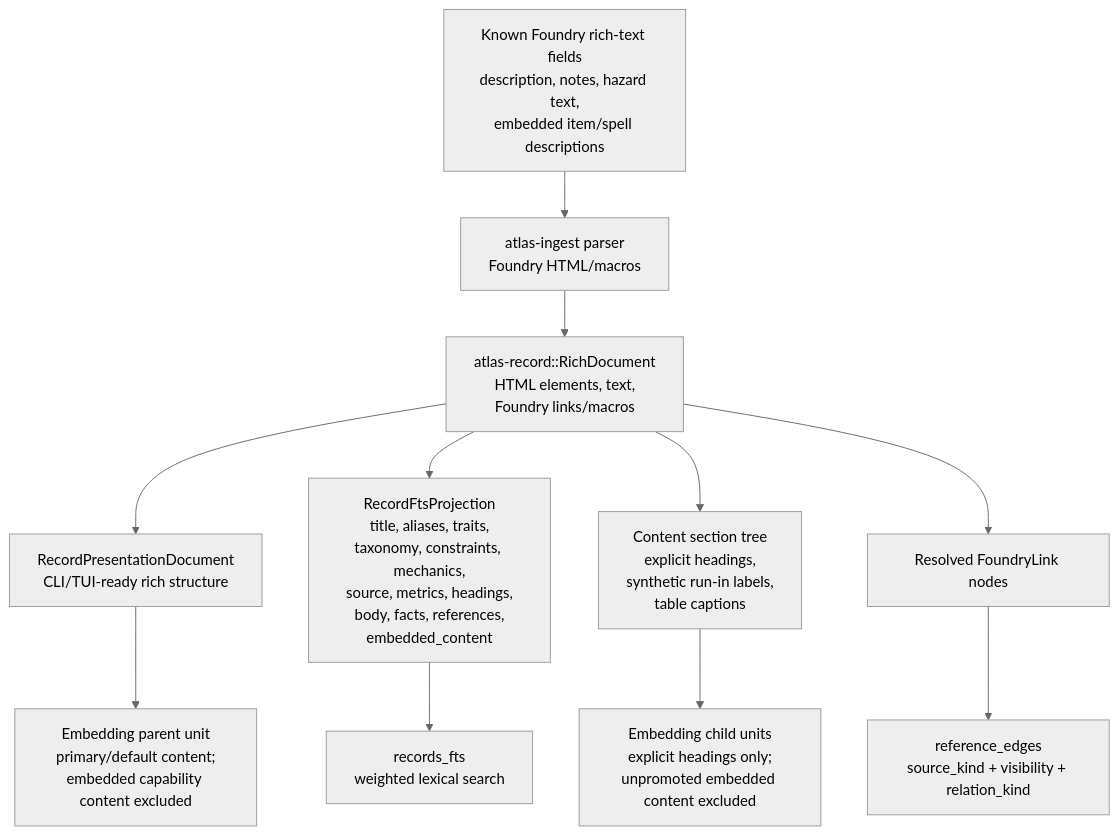
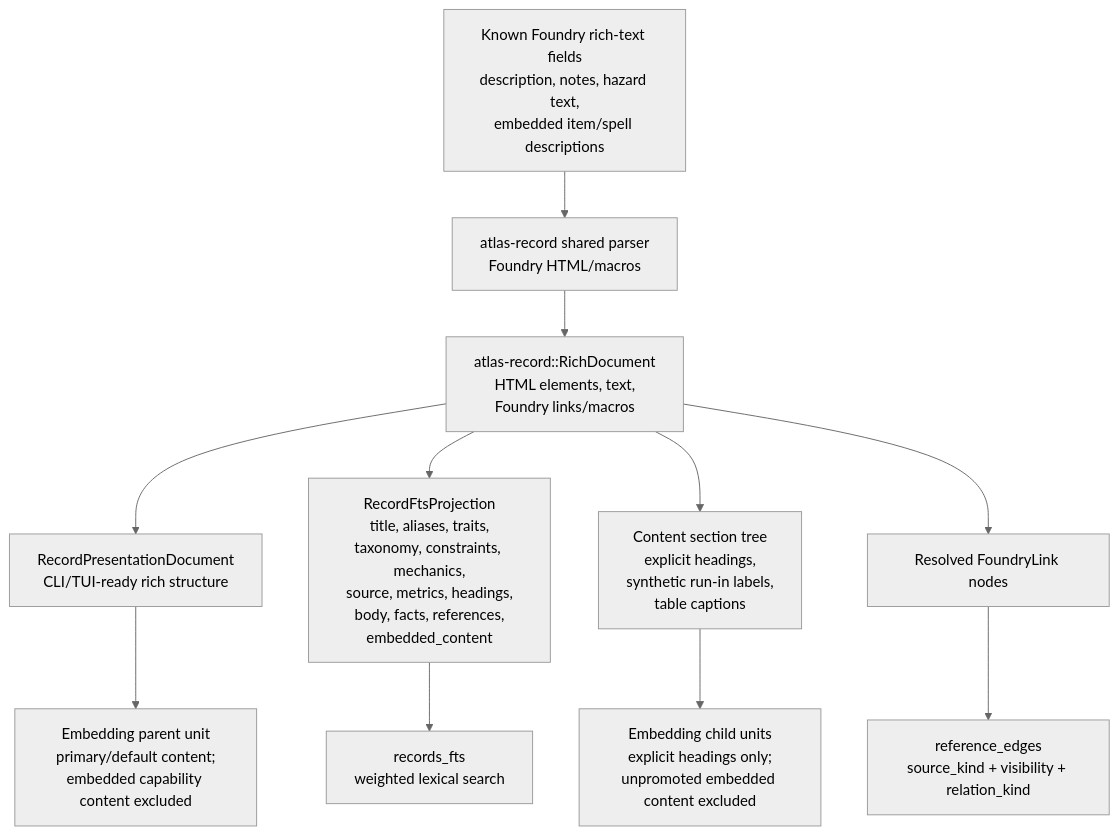
One commit to e-kosten/pf2e-atlas changed the third of 4 diagrams in docs/architecture/runtime.md. Above: the diagram before and after it, drawn with Mermaid (neutral theme). The commit also changed other lines of this file and 30 other files, not shown here.

````diff
--- a/docs/architecture/runtime.md
+++ b/docs/architecture/runtime.md
@@ -259,15 +259,15 @@
 ```mermaid
 flowchart TD
-    markup["Known Foundry rich-text fields<br/>description, notes, hazard text,<br/>embedded item/spell descriptions"] --> parser["atlas-ingest parser<br/>Foundry HTML/macros"]
+    markup["Known Foundry rich-text fields<br/>description, notes, hazard text,<br/>embedded item/spell descriptions"] --> parser["atlas-record shared parser<br/>Foundry HTML/macros"]
     parser --> doc["atlas-record::RichDocument<br/>HTML elements, text,<br/>Foundry links/macros"]
 
     doc --> presentation["RecordPresentationDocument<br/>CLI/TUI-ready rich structure"]
     doc --> fts["RecordFtsProjection<br/>title, aliases, traits,<br/>taxonomy, constraints, mechanics,<br/>source, metrics, headings,<br/>body, facts, references,<br/>embedded_content"]
     doc --> tree["Content section tree<br/>explicit headings,<br/>synthetic run-in labels,<br/>table captions"]
     doc --> refs["Resolved FoundryLink nodes"]
 
     presentation --> parentEmbedding["Embedding parent unit<br/>primary/default content;<br/>embedded capability content excluded"]
     tree --> childEmbedding["Embedding child units<br/>explicit headings only;<br/>unpromoted embedded content excluded"]
     refs --> edges["reference_edges<br/>source_kind + visibility + relation_kind"]
     fts --> recordsFts["records_fts<br/>weighted lexical search"]
 ```
````
